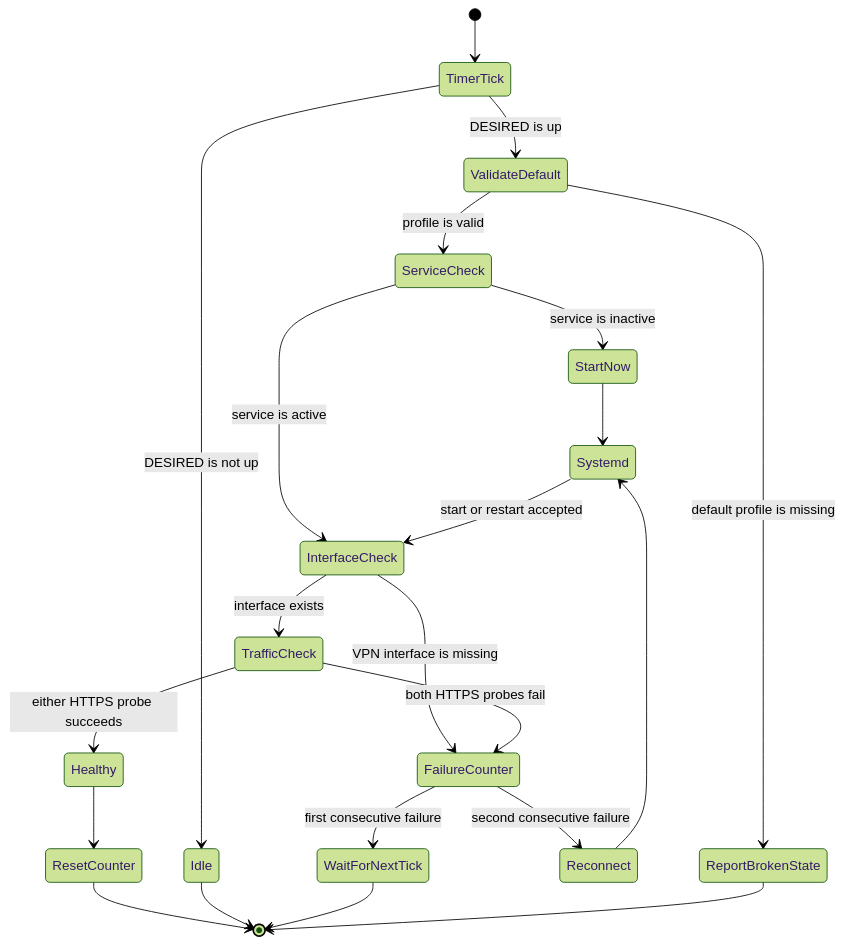
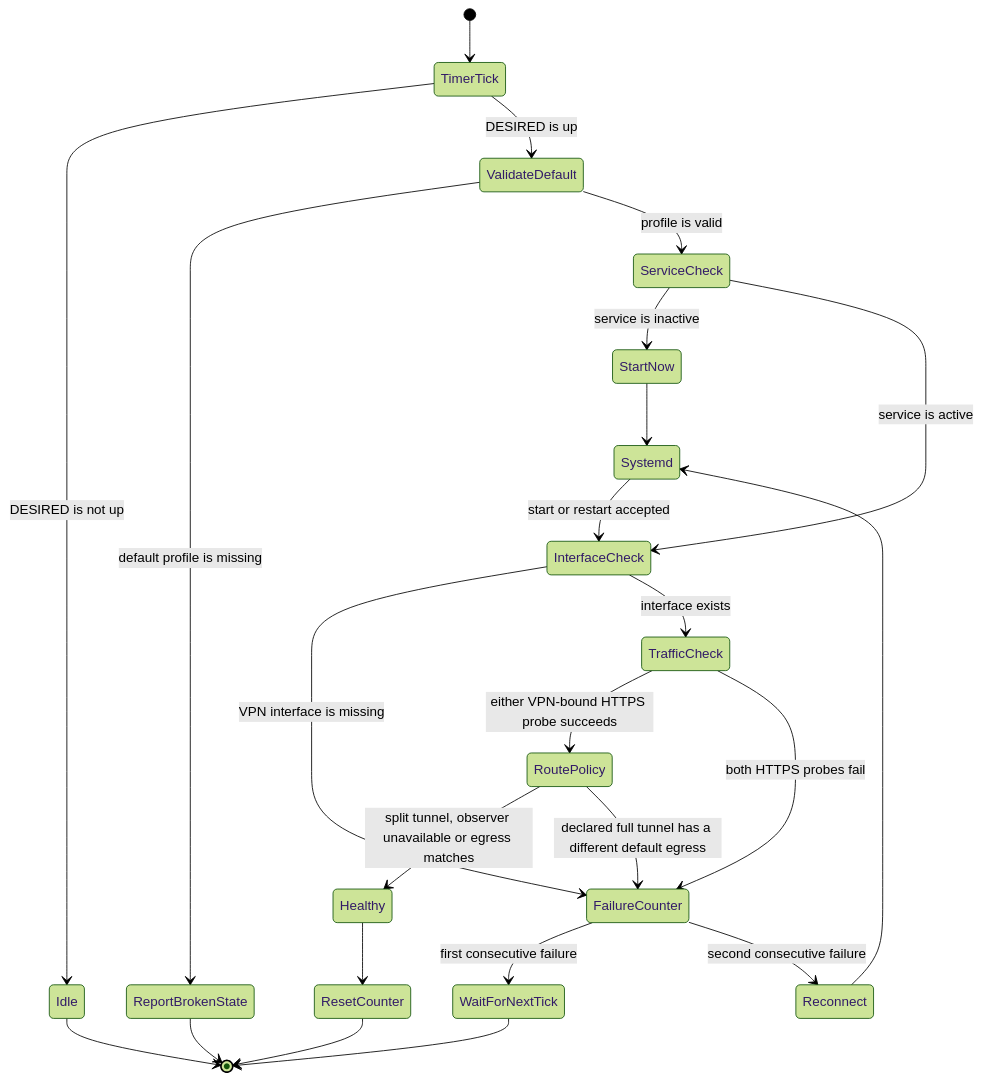
The fourth of 5 diagrams in docs/ARCHITECTURE.en.md (mazurovn/mazzy-vpn), drawn with Mermaid (forest theme) before and after one commit. The commit also changed other lines of this file and 75 other files, not shown here.

````diff
--- a/docs/ARCHITECTURE.en.md
+++ b/docs/ARCHITECTURE.en.md
@@ -213,24 +244,26 @@
 ```mermaid
 stateDiagram-v2
     [*] --> TimerTick
     TimerTick --> Idle: DESIRED is not up
     TimerTick --> ValidateDefault: DESIRED is up
     ValidateDefault --> ReportBrokenState: default profile is missing
     ValidateDefault --> ServiceCheck: profile is valid
     ServiceCheck --> StartNow: service is inactive
     ServiceCheck --> InterfaceCheck: service is active
     InterfaceCheck --> FailureCounter: VPN interface is missing
     InterfaceCheck --> TrafficCheck: interface exists
-    TrafficCheck --> Healthy: either HTTPS probe succeeds
+    TrafficCheck --> RoutePolicy: either VPN-bound HTTPS probe succeeds
     TrafficCheck --> FailureCounter: both HTTPS probes fail
+    RoutePolicy --> Healthy: split tunnel, observer unavailable or egress matches
+    RoutePolicy --> FailureCounter: declared full tunnel has a different default egress
     FailureCounter --> WaitForNextTick: first consecutive failure
     FailureCounter --> Reconnect: second consecutive failure
     StartNow --> Systemd
     Reconnect --> Systemd
     Systemd --> InterfaceCheck: start or restart accepted
     Healthy --> ResetCounter
     ResetCounter --> [*]
     Idle --> [*]
     WaitForNextTick --> [*]
     ReportBrokenState --> [*]
 ```
````
